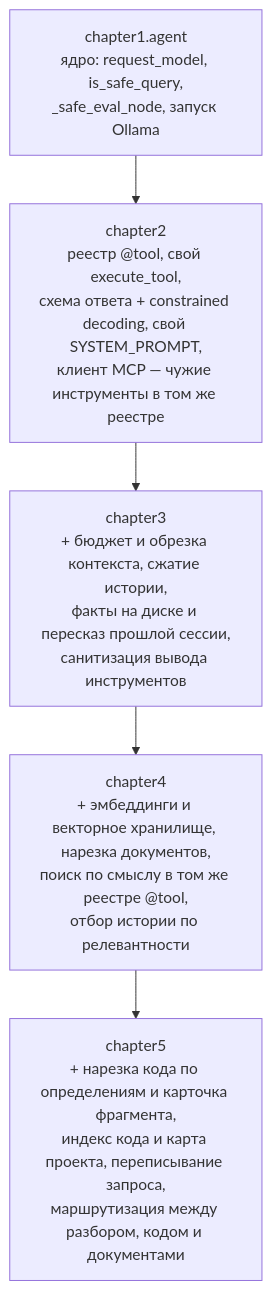
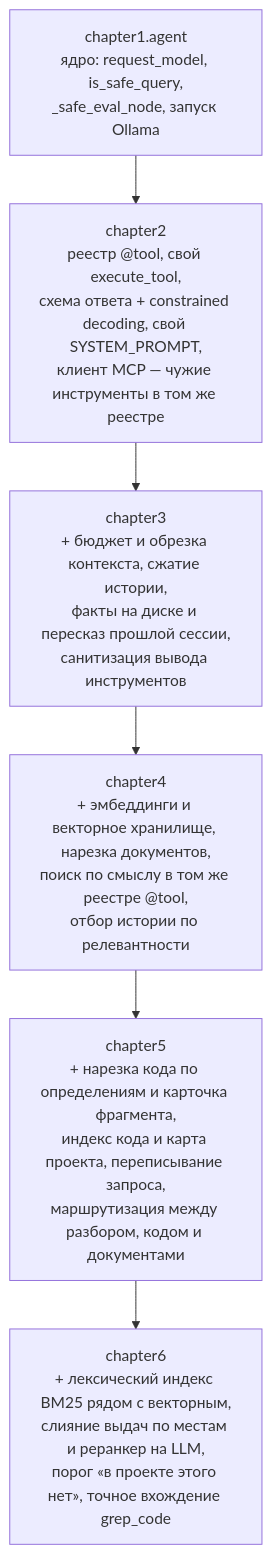
One commit to io982/firstAgent changed the diagram in README.md. Above: the diagram before and after it, drawn with Mermaid. The commit also changed other lines of this file and 15 other files, not shown here.

````diff
--- a/README.md
+++ b/README.md
@@ -370,8 +372,9 @@
 ```mermaid
 graph TD
     Base["chapter1.agent<br/>ядро: request_model, is_safe_query,<br/>_safe_eval_node, запуск Ollama"]
     Base --> Ch2["chapter2<br/>реестр @tool, свой execute_tool,<br/>схема ответа + constrained decoding, свой SYSTEM_PROMPT,<br/>клиент MCP — чужие инструменты в том же реестре"]
     Ch2 --> Ch3["chapter3<br/>+ бюджет и обрезка контекста, сжатие истории,<br/>факты на диске и пересказ прошлой сессии,<br/>санитизация вывода инструментов"]
     Ch3 --> Ch4["chapter4<br/>+ эмбеддинги и векторное хранилище, нарезка документов,<br/>поиск по смыслу в том же реестре @tool,<br/>отбор истории по релевантности"]
     Ch4 --> Ch5["chapter5<br/>+ нарезка кода по определениям и карточка фрагмента,<br/>индекс кода и карта проекта, переписывание запроса,<br/>маршрутизация между разбором, кодом и документами"]
+    Ch5 --> Ch6["chapter6<br/>+ лексический индекс BM25 рядом с векторным,<br/>слияние выдач по местам и реранкер на LLM,<br/>порог «в проекте этого нет», точное вхождение grep_code"]
 ```
````
